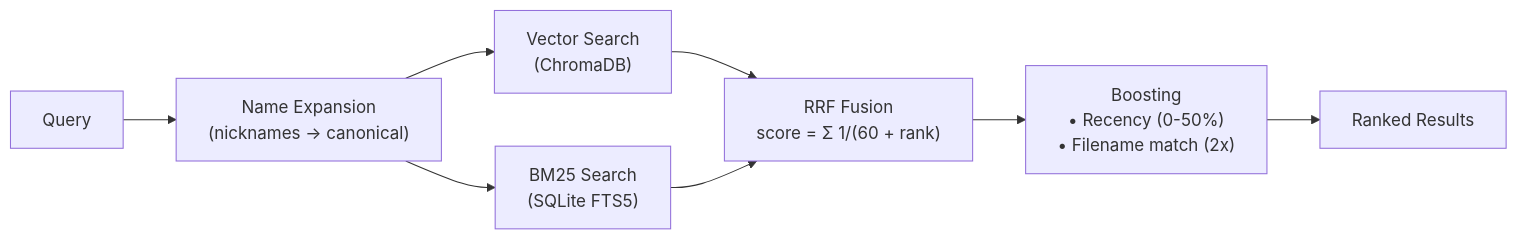
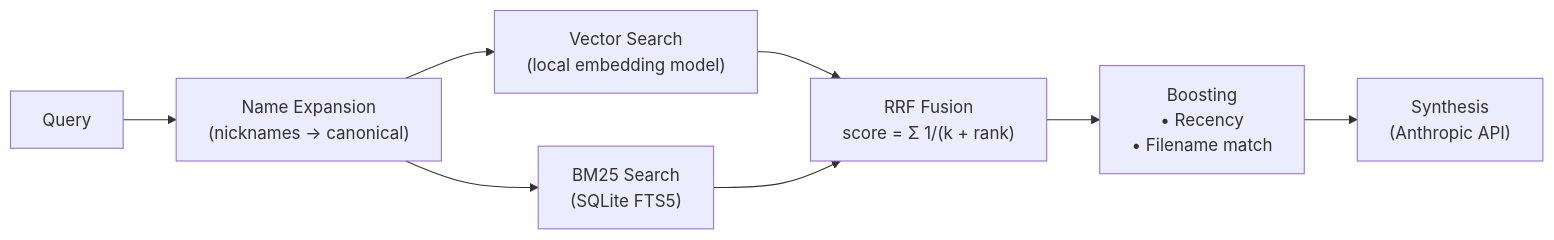
One commit to nbramia/LifeOS changed the third of 6 diagrams in README.md. Above: the diagram before and after it, drawn with Mermaid. The commit also changed other lines of this file, not shown here.

First line of the commit message:
Improve README diagrams: horizontal layout + local vs API labels

````diff
--- a/README.md
+++ b/README.md
@@ -156,14 +151,14 @@
 ```mermaid
 flowchart LR
     Q["Query"] --> NE["Name Expansion\n(nicknames → canonical)"]
 
-    NE --> VS["Vector Search\n(ChromaDB)"]
+    NE --> VS["Vector Search\n(local embedding model)"]
     NE --> KS["BM25 Search\n(SQLite FTS5)"]
 
-    VS --> RRF["RRF Fusion\nscore = Σ 1/(60 + rank)"]
+    VS --> RRF["RRF Fusion\nscore = Σ 1/(k + rank)"]
     KS --> RRF
 
-    RRF --> Boost["Boosting\n• Recency (0-50%)\n• Filename match (2x)"]
+    RRF --> Boost["Boosting\n• Recency\n• Filename match"]
 
-    Boost --> Results["Ranked Results"]
+    Boost --> Syn["Synthesis\n(Anthropic API)"]
 ```
````
